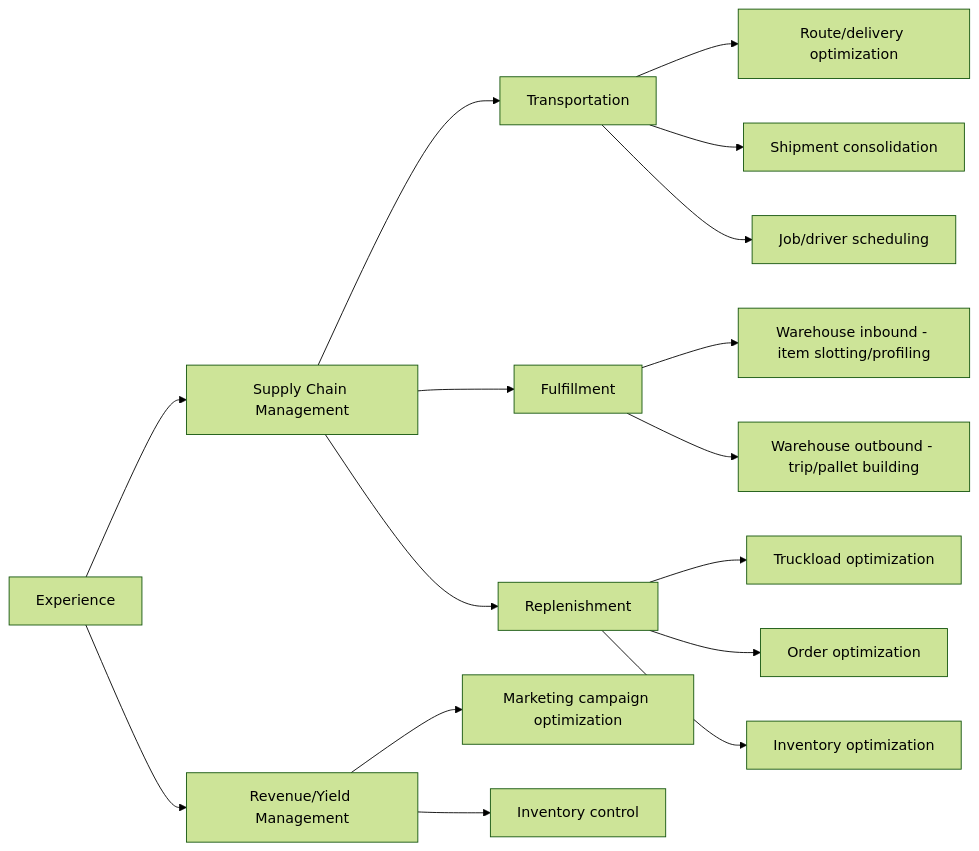
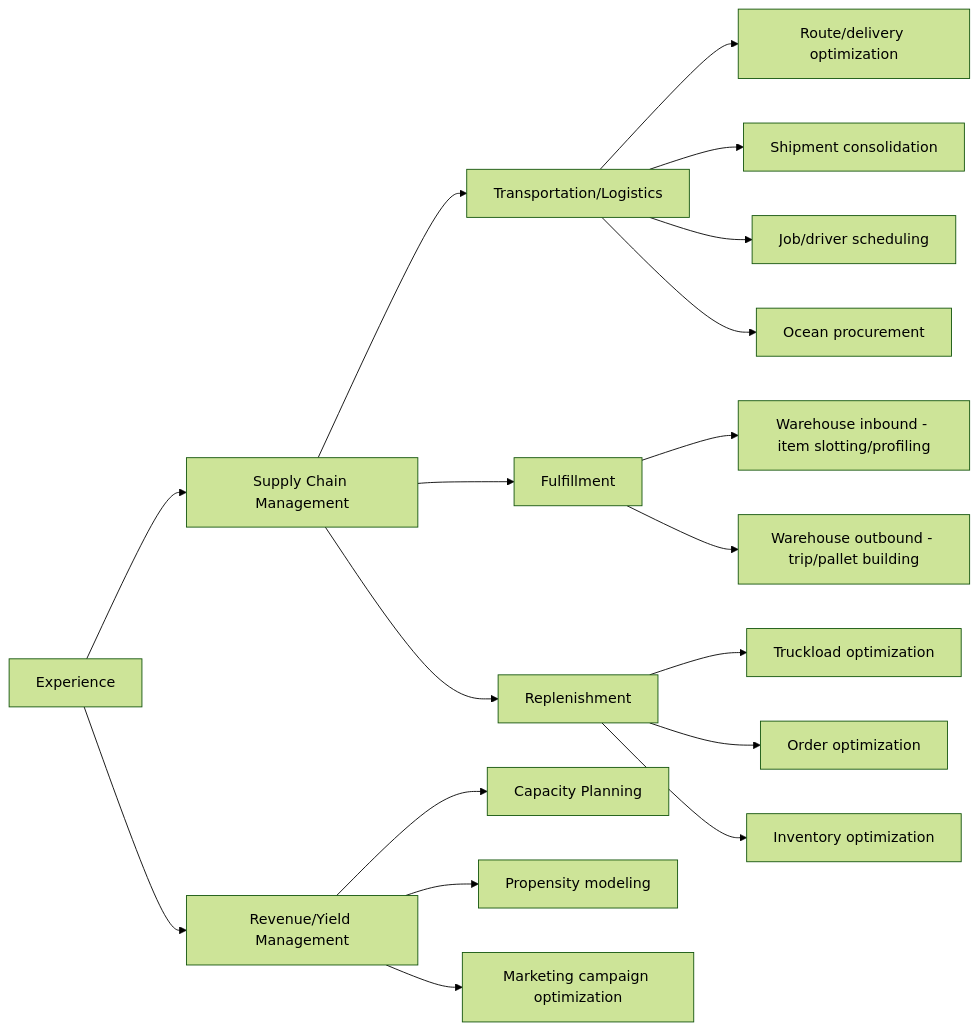
One commit to kunlei/kunlei.github.io changed the diagram in index.qmd. Above: the diagram before and after it, drawn with Mermaid. The commit also changed 3 other files, not shown here.

````diff
--- a/index.qmd
+++ b/index.qmd
@@ -52,19 +52,21 @@
 ```{mermaid}
 %%{init: {'theme':'forest'}}%%
 flowchart LR
     A[Experience] --> B[Supply Chain Management]
     A --> C[Revenue/Yield Management]
-    B --> E[Transportation]
+    B --> E[Transportation/Logistics]
     B --> F[Fulfillment]
     B --> G[Replenishment]
       E --> J[Route/delivery optimization]
       E --> K[Shipment consolidation]
       E --> L[Job/driver scheduling]
+      E --> R[Ocean procurement]
       F --> M[Warehouse inbound - item slotting/profiling]
       F --> N[Warehouse outbound - trip/pallet building]
       G --> O[Truckload optimization]
       G --> P[Order optimization]
       G --> Q[Inventory optimization]
+    C --> I[Capacity Planning]
+    C --> S[Propensity modeling]
     C --> H[Marketing campaign optimization]
-    C --> I[Inventory control]
 ```
````
